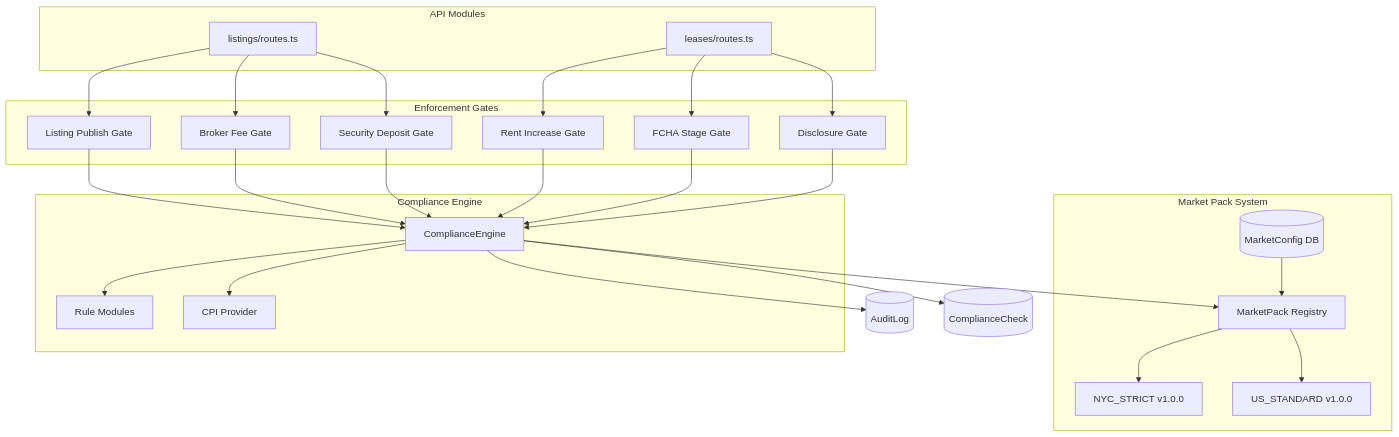
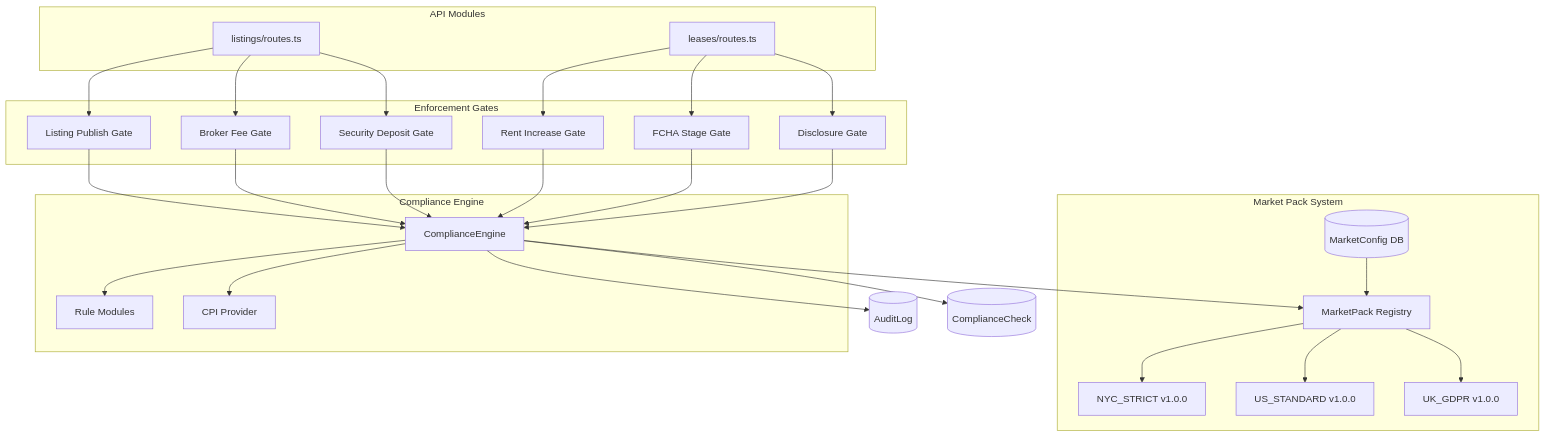
One commit to RealRichai/RA changed the first of 5 diagrams in docs/compliance.md. Above: the diagram before and after it, drawn with Mermaid. The commit also changed other lines of this file and 2 other files, not shown here.

````diff
--- a/docs/compliance.md
+++ b/docs/compliance.md
@@ -9,45 +9,46 @@
 ```mermaid
 graph TB
     subgraph "Market Pack System"
         MP[MarketPack Registry] --> NYC[NYC_STRICT v1.0.0]
         MP --> US[US_STANDARD v1.0.0]
+        MP --> UK[UK_GDPR v1.0.0]
         DB[(MarketConfig DB)] --> MP
     end
 
     subgraph "Compliance Engine"
         CE[ComplianceEngine] --> MP
         CE --> Rules[Rule Modules]
         CE --> CPI[CPI Provider]
     end
 
     subgraph "Enforcement Gates"
         G1[Listing Publish Gate]
         G2[Broker Fee Gate]
         G3[Security Deposit Gate]
         G4[Rent Increase Gate]
         G5[FCHA Stage Gate]
         G6[Disclosure Gate]
     end
 
     subgraph "API Modules"
         Listings[listings/routes.ts]
         Leases[leases/routes.ts]
     end
 
     Listings --> G1
     Listings --> G2
     Listings --> G3
     Leases --> G4
     Leases --> G5
     Leases --> G6
 
     G1 --> CE
     G2 --> CE
     G3 --> CE
     G4 --> CE
     G5 --> CE
     G6 --> CE
 
     CE --> AuditLog[(AuditLog)]
     CE --> CompCheck[(ComplianceCheck)]
 ```
````
